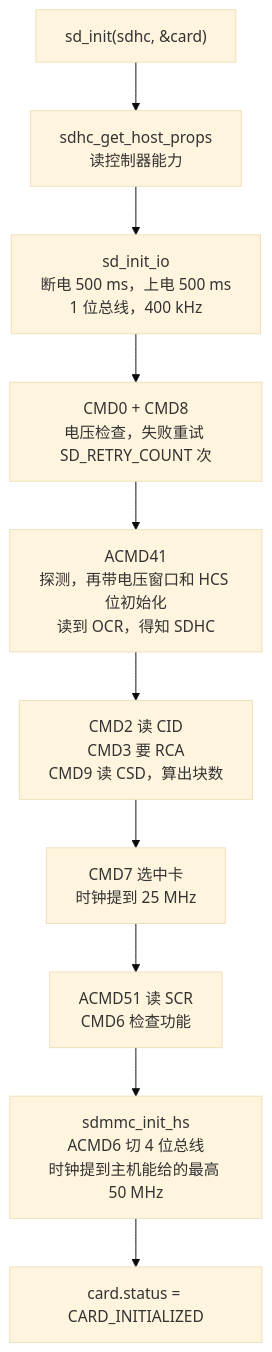
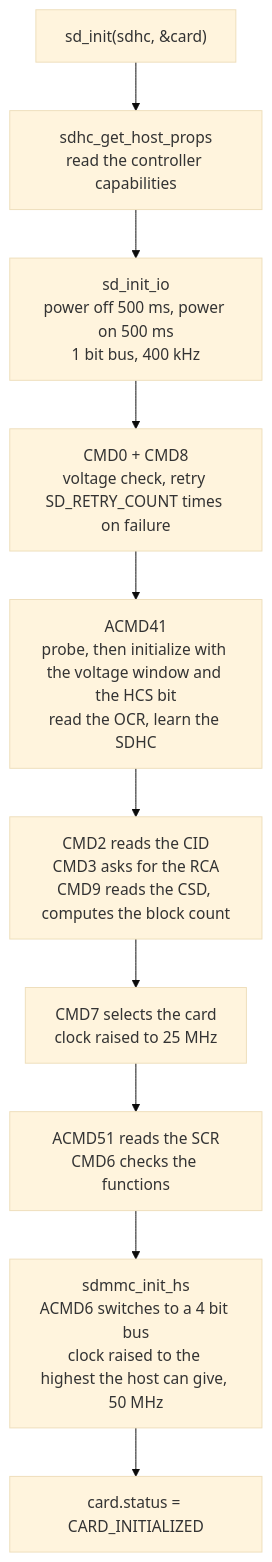
One commit to YuzukiHD/YuzukiNeko changed the second of 3 diagrams in docs/src/content/docs/dev/zephyr/components/sd.md. Above: the diagram before and after it, drawn with Mermaid (base theme). The commit also changed other lines of this file and 216 other files, not shown here.

````diff
--- a/docs/src/content/docs/dev/zephyr/components/sd.md
+++ b/docs/src/content/docs/dev/zephyr/components/sd.md
@@ -53,12 +53,12 @@
 ```mermaid
 flowchart TB
-    A["sd_init(sdhc, &card)"] --> B["sdhc_get_host_props<br/>读控制器能力"]
-    B --> C["sd_init_io<br/>断电 500 ms，上电 500 ms<br/>1 位总线，400 kHz"]
-    C --> D["CMD0 + CMD8<br/>电压检查，失败重试 SD_RETRY_COUNT 次"]
-    D --> E["ACMD41<br/>探测，再带电压窗口和 HCS 位初始化<br/>读到 OCR，得知 SDHC"]
-    E --> F["CMD2 读 CID<br/>CMD3 要 RCA<br/>CMD9 读 CSD，算出块数"]
-    F --> G["CMD7 选中卡<br/>时钟提到 25 MHz"]
-    G --> H["ACMD51 读 SCR<br/>CMD6 检查功能"]
-    H --> I["sdmmc_init_hs<br/>ACMD6 切 4 位总线<br/>时钟提到主机能给的最高 50 MHz"]
+    A["sd_init(sdhc, &card)"] --> B["sdhc_get_host_props<br/>read the controller capabilities"]
+    B --> C["sd_init_io<br/>power off 500 ms, power on 500 ms<br/>1 bit bus, 400 kHz"]
+    C --> D["CMD0 + CMD8<br/>voltage check, retry SD_RETRY_COUNT times on failure"]
+    D --> E["ACMD41<br/>probe, then initialize with the voltage window and the HCS bit<br/>read the OCR, learn the SDHC"]
+    E --> F["CMD2 reads the CID<br/>CMD3 asks for the RCA<br/>CMD9 reads the CSD, computes the block count"]
+    F --> G["CMD7 selects the card<br/>clock raised to 25 MHz"]
+    G --> H["ACMD51 reads the SCR<br/>CMD6 checks the functions"]
+    H --> I["sdmmc_init_hs<br/>ACMD6 switches to a 4 bit bus<br/>clock raised to the highest the host can give, 50 MHz"]
     I --> J["card.status = CARD_INITIALIZED"]
 ```
````
